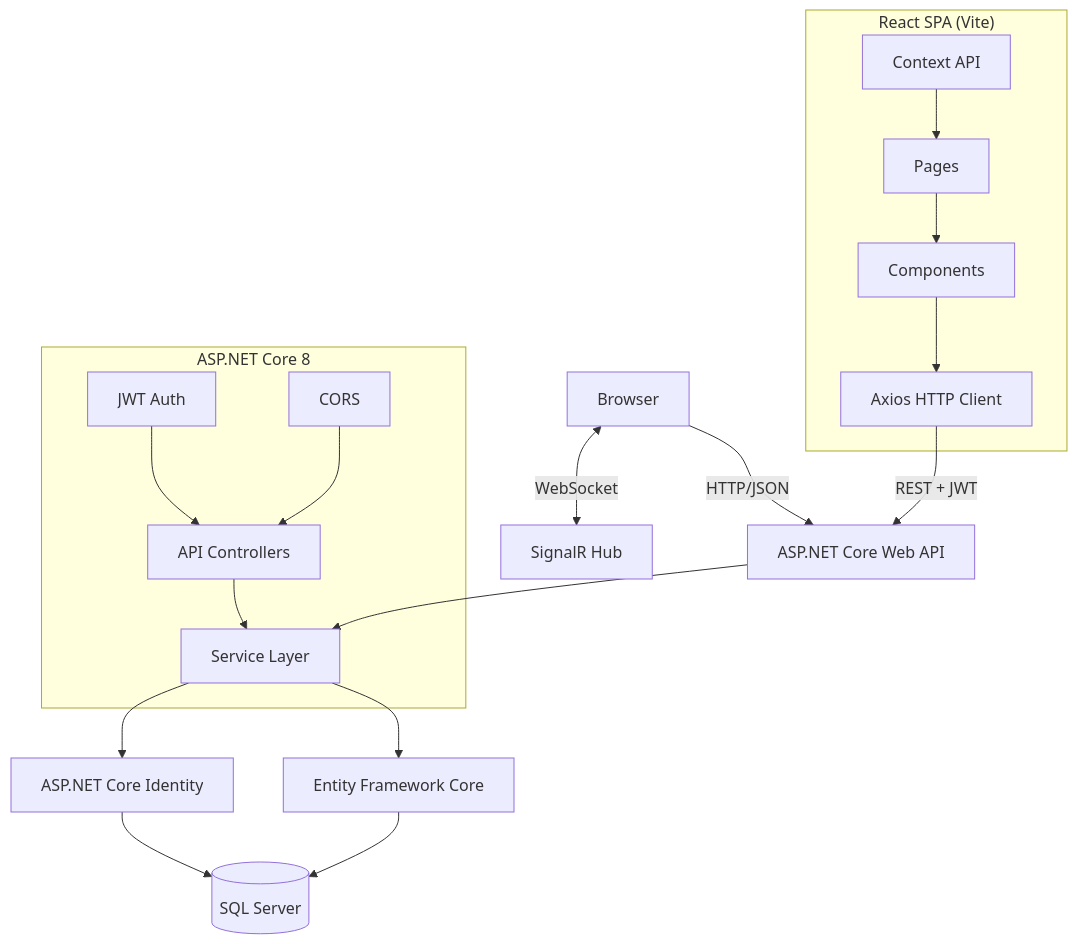
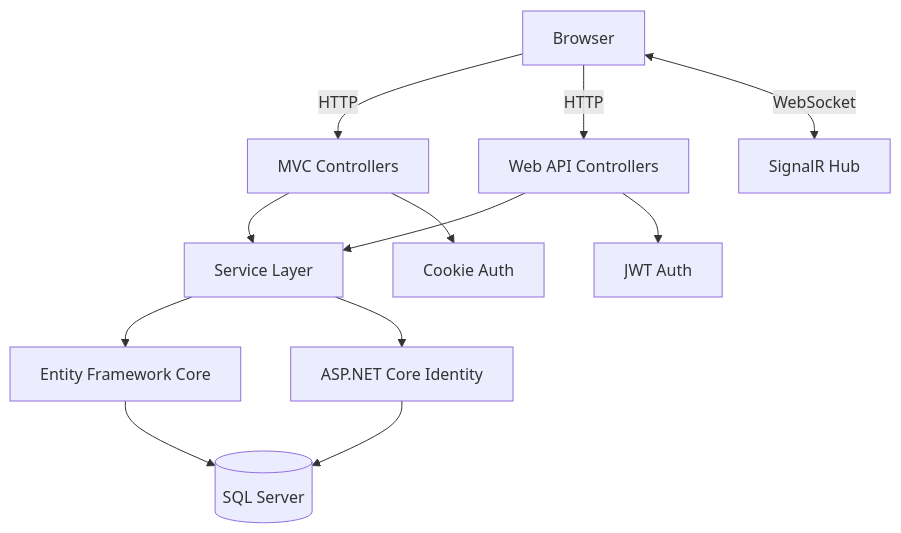
Before and after one commit to Prof-bilal/ContestAzam: the diagram in .agent/ARCHITECTURE.md, drawn with Mermaid. The commit also changed other lines of this file and 25 other files, not shown here.

````diff
--- a/.agent/ARCHITECTURE.md
+++ b/.agent/ARCHITECTURE.md
@@ -22,25 +26,18 @@
 ```mermaid
 graph TB
-    Browser[Browser] -->|HTTP/JSON| API[ASP.NET Core Web API]
+    Browser[Browser] -->|HTTP| MVC[MVC Controllers]
+    Browser -->|HTTP| API[Web API Controllers]
     Browser <-->|WebSocket| SignalR[SignalR Hub]
 
-    API --> Services[Service Layer]
+    MVC --> Services[Service Layer]
+    API --> Services
+
     Services --> EF[Entity Framework Core]
     EF --> SQL[(SQL Server)]
+
     Services --> Identity[ASP.NET Core Identity]
     Identity --> SQL
 
-    subgraph "React SPA (Vite)"
-        Pages[Pages] --> Components[Components]
-        Components --> AxiosHTTP[Axios HTTP Client]
-        Context[Context API] --> Pages
-    end
-
-    subgraph "ASP.NET Core 8"
-        APIControllers[API Controllers] --> Services
-        JWT[JWT Auth] --> APIControllers
-        CORS[CORS] --> APIControllers
-    end
-
-    AxiosHTTP -->|REST + JWT| API
+    API --> JWT[JWT Auth]
+    MVC --> Cookie[Cookie Auth]
 ```
````
